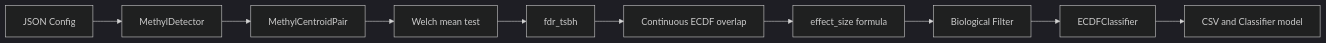
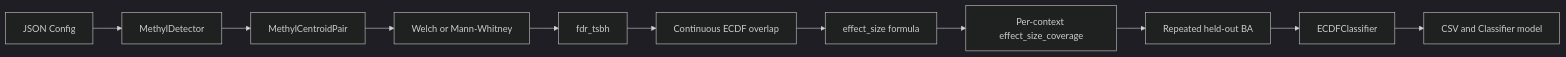
Before and after one commit to Goliath-Research/GoliathWorkflow: the diagram in packages/methyldetector/docs/METHYLDETECTOR_IMPLEMENTATION.md, drawn with Mermaid (dark theme). The commit also changed other lines of this file and 68 other files, not shown here.

````diff
--- a/packages/methyldetector/docs/METHYLDETECTOR_IMPLEMENTATION.md
+++ b/packages/methyldetector/docs/METHYLDETECTOR_IMPLEMENTATION.md
@@ -12,23 +12,25 @@
 ```mermaid
 flowchart LR
     Config[JSON Config]
     Detector[MethylDetector]
     Pair[MethylCentroidPair]
-    Welch[Welch mean test]
+    Welch[Welch or Mann-Whitney]
     FDR[fdr_tsbh]
     ECDF[Continuous ECDF overlap]
     Effect[effect_size formula]
-    Filter[Biological Filter]
+    Filter[Per-context effect_size_coverage]
+    Holdout[Repeated held-out BA]
     Clf[ECDFClassifier]
     Out[CSV and Classifier model]
 
     Config --> Detector
     Detector --> Pair
     Pair --> Welch
     Welch --> FDR
     FDR --> ECDF
     ECDF --> Effect
     Effect --> Filter
-    Filter --> Clf
+    Filter --> Holdout
+    Holdout --> Clf
     Clf --> Out
 ```
````
